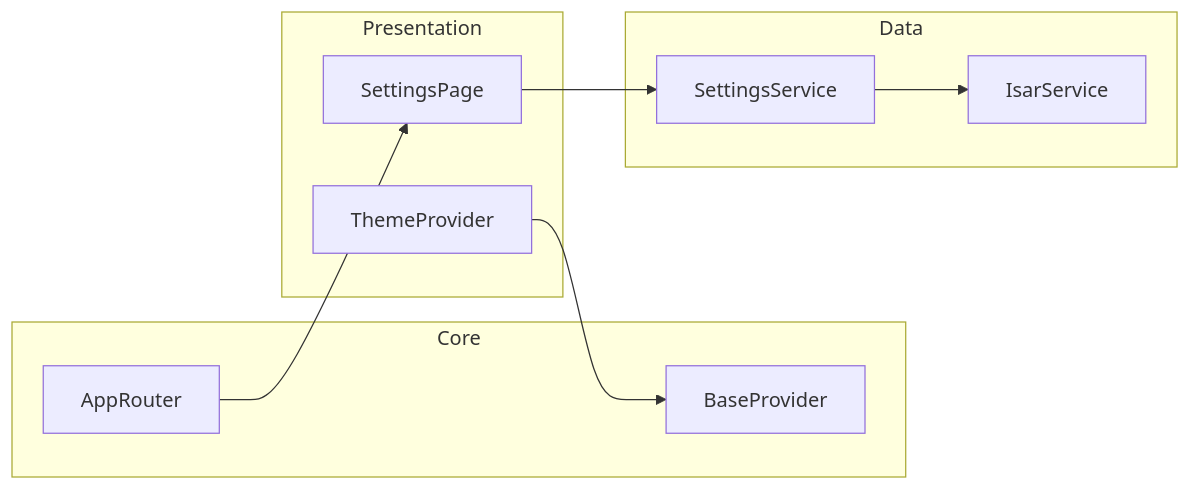
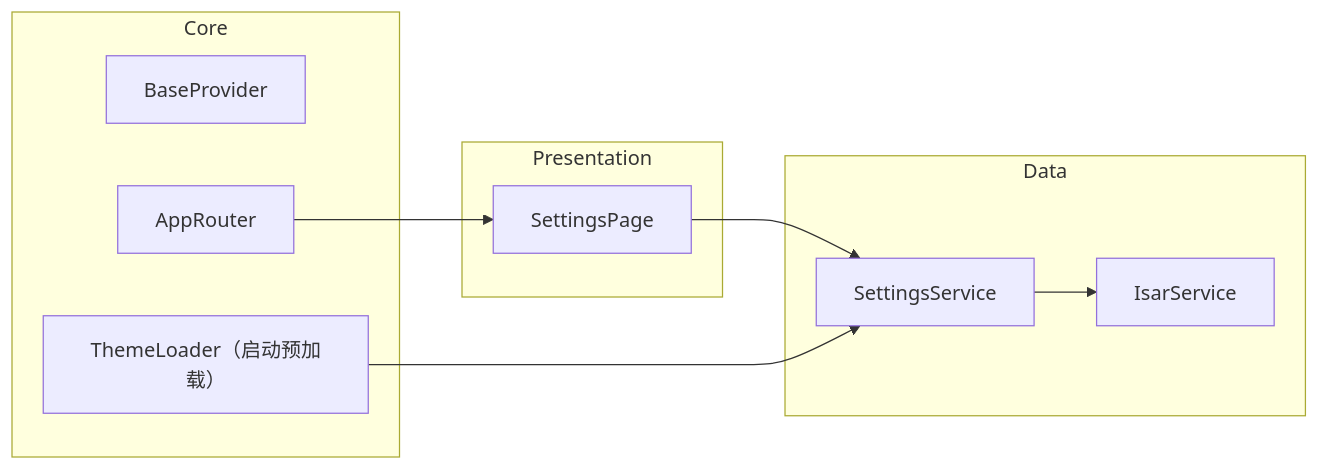
The third of 3 diagrams in .qoder/repowiki/zh/content/扩展开发/自定义功能开发/自定义功能开发.md (ZTfer/Tinycast), drawn with Mermaid before and after one commit. The commit also changed other lines of this file and 34 other files, not shown here.

````diff
--- a/.qoder/repowiki/zh/content/扩展开发/自定义功能开发/自定义功能开发.md
+++ b/.qoder/repowiki/zh/content/扩展开发/自定义功能开发/自定义功能开发.md
@@ -204,19 +204,19 @@
 ```mermaid
 graph LR
 subgraph "Presentation"
 SP["SettingsPage"]
-TP["ThemeProvider"]
 end
 subgraph "Core"
 BP["BaseProvider"]
 AR["AppRouter"]
+TL["ThemeLoader（启动预加载）"]
 end
 subgraph "Data"
 SS["SettingsService"]
 IS["IsarService"]
 end
 SP --> SS
-TP --> BP
 SS --> IS
 AR --> SP
+TL --> SS
 ```
````
